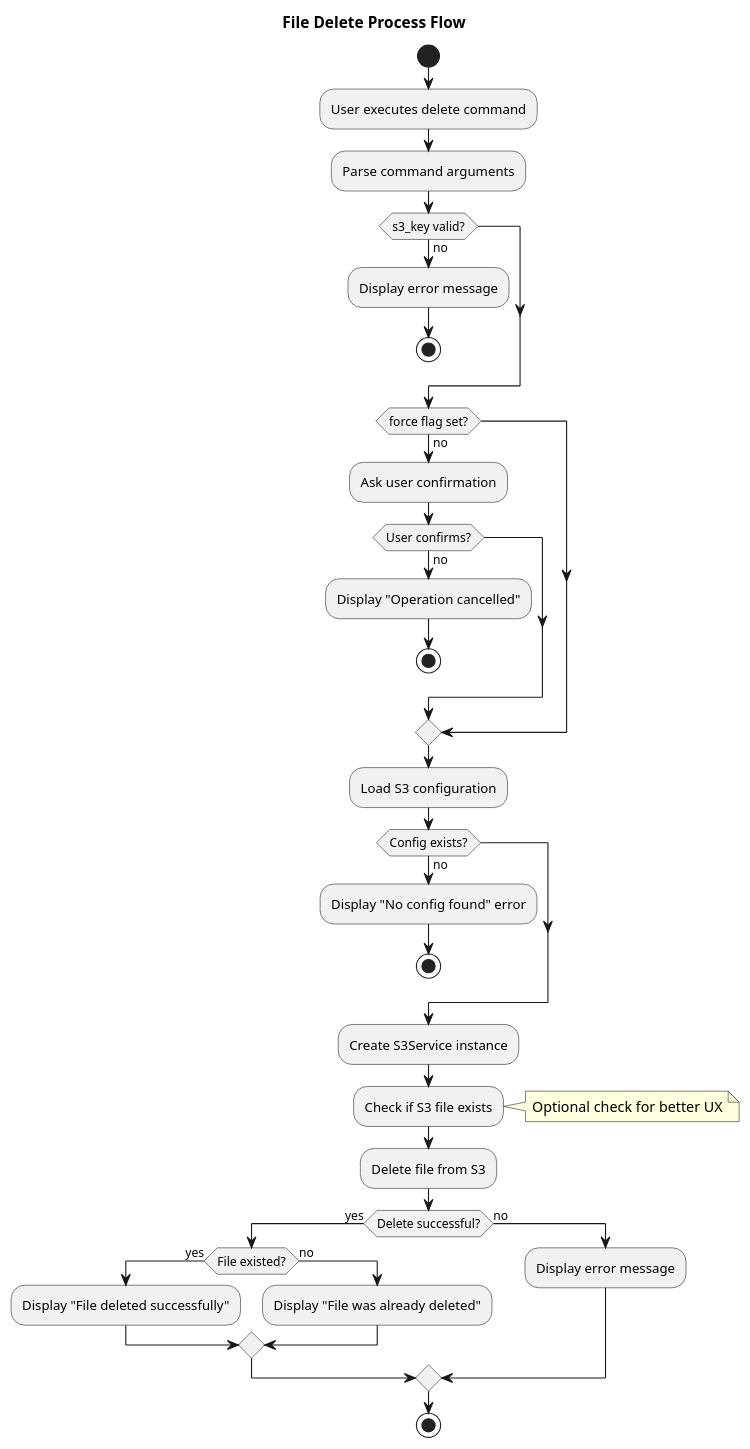
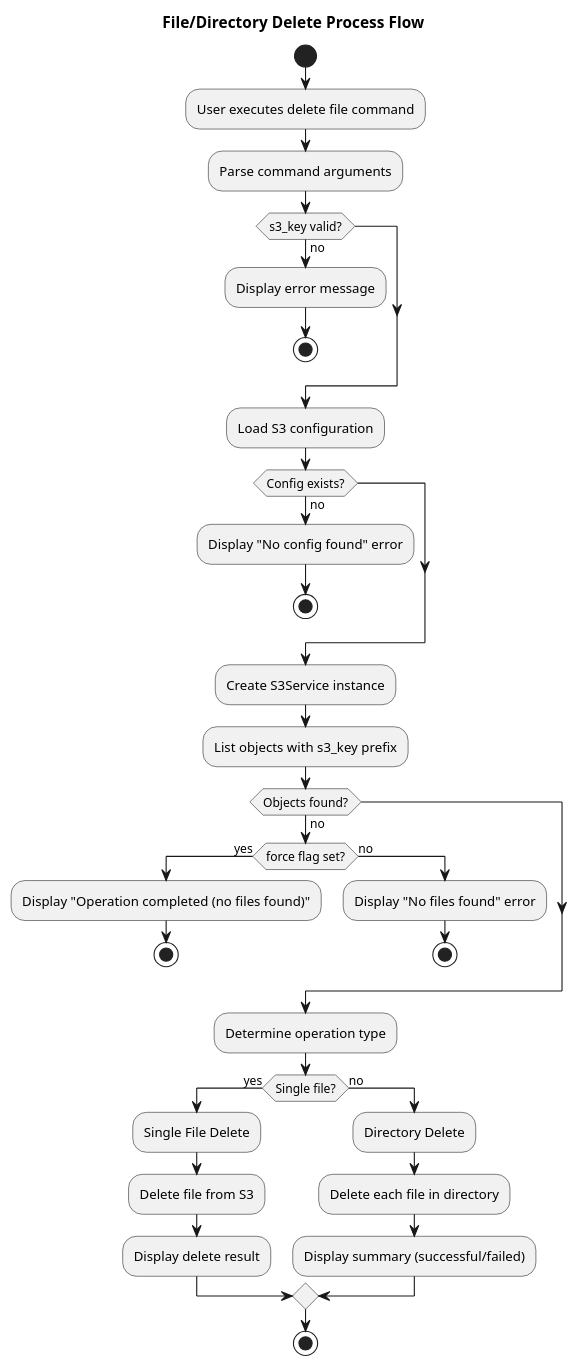
The third of 4 diagrams in .prompt/02.Issue/03.AddSimpleDownloadAndDelete/01.BasicDesign/01.ProcessFlow.md (FATESAIKOU/CloudStorageSyncer), drawn with PlantUML before and after one commit. The commit also changed other lines of this file and 9 other files, not shown here.

````diff
--- a/.prompt/02.Issue/03.AddSimpleDownloadAndDelete/01.BasicDesign/01.ProcessFlow.md
+++ b/.prompt/02.Issue/03.AddSimpleDownloadAndDelete/01.BasicDesign/01.ProcessFlow.md
@@ -98,49 +122,49 @@
 ```plantuml
 @startuml
-title File Delete Process Flow
+title File/Directory Delete Process Flow
 
 start
 
-:User executes delete command;
+:User executes delete file command;
 :Parse command arguments;
 
 if (s3_key valid?) then (no)
   :Display error message;
   stop
-endif
-
-if (force flag set?) then (no)
-  :Ask user confirmation;
-  if (User confirms?) then (no)
-    :Display "Operation cancelled";
-    stop
-  endif
 endif
 
 :Load S3 configuration;
 
 if (Config exists?) then (no)
   :Display "No config found" error;
   stop
 endif
 
 :Create S3Service instance;
-:Check if S3 file exists;
-note right: Optional check for better UX
+:List objects with s3_key prefix;
 
-:Delete file from S3;
+if (Objects found?) then (no)
+  if (force flag set?) then (yes)
+    :Display "Operation completed (no files found)";
+    stop
+  else (no)
+    :Display "No files found" error;
+    stop
+  endif
+endif
 
-if (Delete successful?) then (yes)
-  if (File existed?) then (yes)
-    :Display "File deleted successfully";
-  else (no)
-    :Display "File was already deleted";
-  endif
+:Determine operation type;
+if (Single file?) then (yes)
+  :Single File Delete;
+  :Delete file from S3;
+  :Display delete result;
 else (no)
-  :Display error message;
+  :Directory Delete;
+  :Delete each file in directory;
+  :Display summary (successful/failed);
 endif
 
 stop
 
 @enduml
 ```
````
